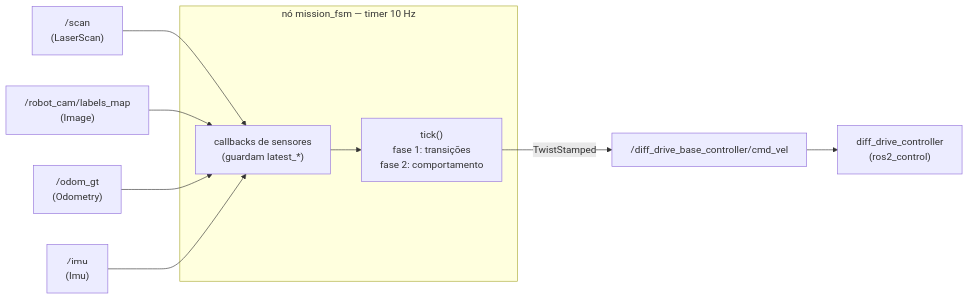
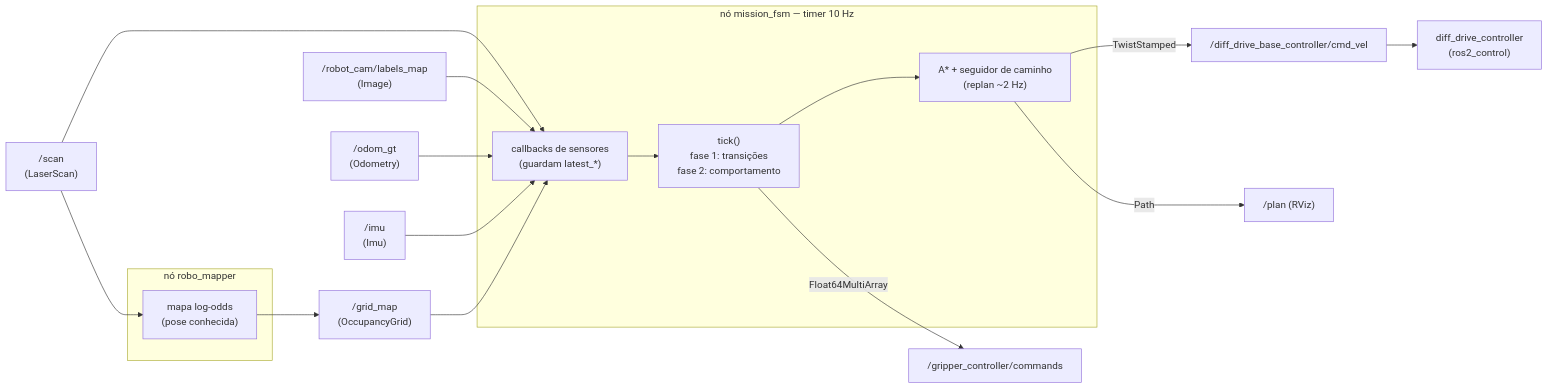
The first of 2 diagrams in README.md (Davi-nAraujo/capture_the_flag), drawn with Mermaid before and after one commit. The commit also changed other lines of this file and 2 other files, not shown here.

````diff
--- a/README.md
+++ b/README.md
@@ -77,20 +91,32 @@
 ```mermaid
 flowchart LR
     LIDAR["/scan<br/>(LaserScan)"]
     CAM["/robot_cam/labels_map<br/>(Image)"]
     ODOM["/odom_gt<br/>(Odometry)"]
     IMU["/imu<br/>(Imu)"]
+    GRID["/grid_map<br/>(OccupancyGrid)"]
+
+    subgraph MAP["nó robo_mapper"]
+        MM["mapa log-odds<br/>(pose conhecida)"]
+    end
+    LIDAR --> MM
+    MM --> GRID
 
     subgraph NODE["nó mission_fsm — timer 10 Hz"]
         CB["callbacks de sensores<br/>(guardam latest_*)"]
         TICK["tick()<br/>fase 1: transições<br/>fase 2: comportamento"]
+        PLAN["A* + seguidor de caminho<br/>(replan ~2 Hz)"]
         CB --> TICK
+        TICK --> PLAN
     end
 
     LIDAR --> CB
     CAM --> CB
     ODOM --> CB
     IMU --> CB
-    TICK -->|"TwistStamped"| CMD["/diff_drive_base_controller/cmd_vel"]
+    GRID --> CB
+    PLAN -->|"TwistStamped"| CMD["/diff_drive_base_controller/cmd_vel"]
+    TICK -->|"Float64MultiArray"| GRIP["/gripper_controller/commands"]
+    PLAN -->|"Path"| PLANT["/plan (RViz)"]
     CMD --> CTRL["diff_drive_controller<br/>(ros2_control)"]
 ```
````
